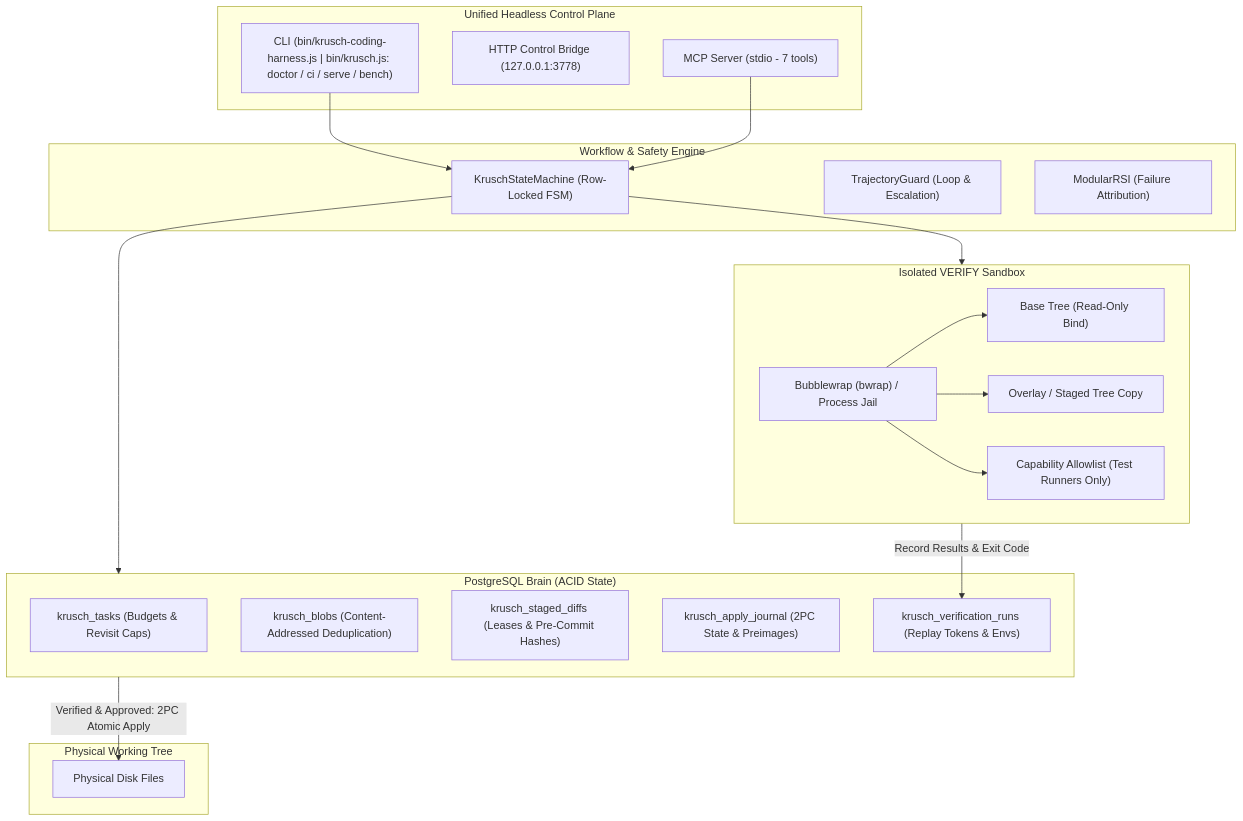
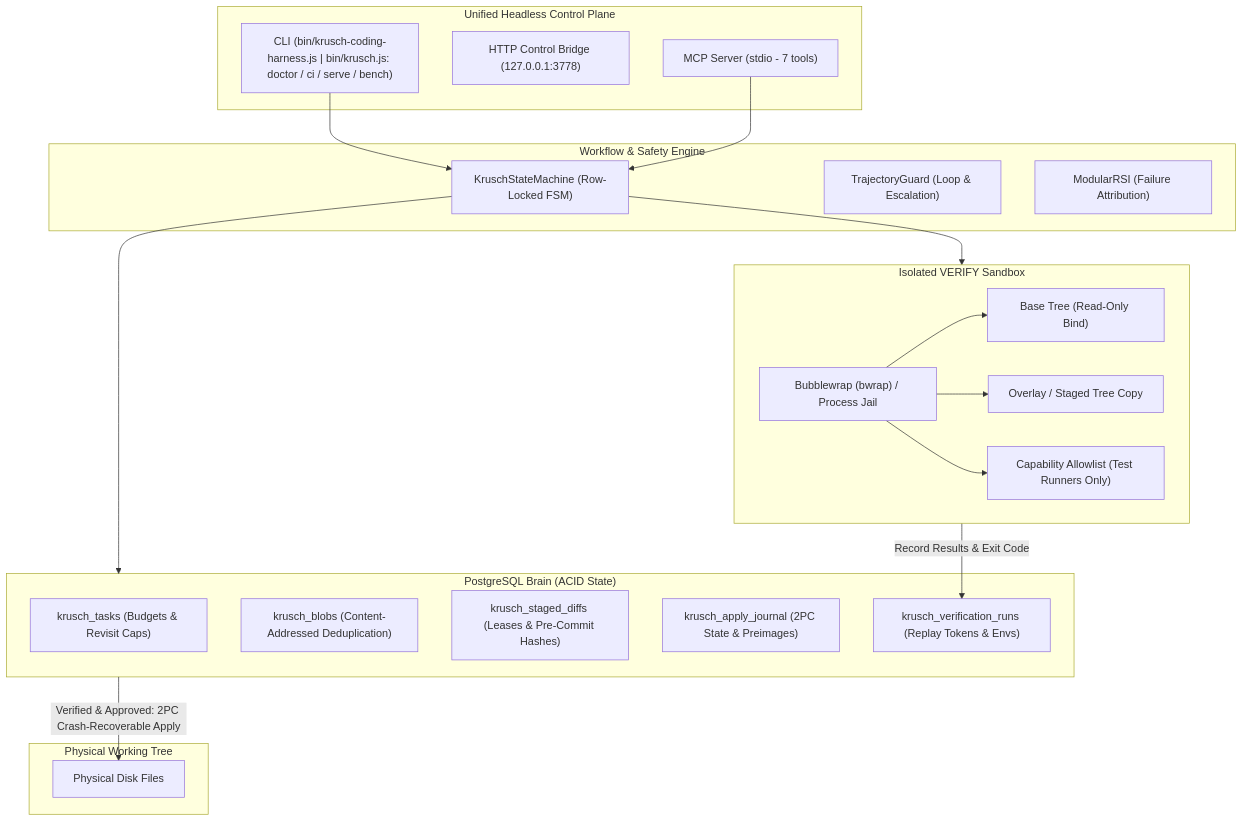
One commit to kruschdev/krusch-coding-harness changed the diagram in README.md. Above: the diagram before and after it, drawn with Mermaid. The commit also changed other lines of this file, not shown here.

Commit message:
docs: define '2PC' precisely — journaled crash-recoverable multi-file apply, per-file atomic rename, batch not atomically visible

````diff
--- a/README.md
+++ b/README.md
@@ -53,43 +53,43 @@
 ```mermaid
 flowchart TD
     subgraph ControlPlane ["Unified Headless Control Plane"]
         CLI["CLI (bin/krusch-coding-harness.js | bin/krusch.js: doctor / ci / serve / bench)"]
         Bridge["HTTP Control Bridge (127.0.0.1:3778)"]
         MCP["MCP Server (stdio - 7 tools)"]
     end
 
     subgraph Workflow ["Workflow & Safety Engine"]
         FSM["KruschStateMachine (Row-Locked FSM)"]
         Guard["TrajectoryGuard (Loop & Escalation)"]
         Classifier["ModularRSI (Failure Attribution)"]
     end
 
     subgraph StorageEngine ["PostgreSQL Brain (ACID State)"]
         Tasks["krusch_tasks (Budgets & Revisit Caps)"]
         Blobs["krusch_blobs (Content-Addressed Deduplication)"]
         Diffs["krusch_staged_diffs (Leases & Pre-Commit Hashes)"]
         Journal["krusch_apply_journal (2PC State & Preimages)"]
         Runs["krusch_verification_runs (Replay Tokens & Envs)"]
     end
 
     subgraph Sandbox ["Isolated VERIFY Sandbox"]
         Bwrap["Bubblewrap (bwrap) / Process Jail"]
         BaseRO["Base Tree (Read-Only Bind)"]
         Overlay["Overlay / Staged Tree Copy"]
         Allowlist["Capability Allowlist (Test Runners Only)"]
         Bwrap --> BaseRO
         Bwrap --> Overlay
         Bwrap --> Allowlist
     end
 
     subgraph Disk ["Physical Working Tree"]
         WorkingTree["Physical Disk Files"]
     end
 
     CLI --> FSM
     MCP --> FSM
     FSM --> StorageEngine
     FSM --> Sandbox
     Sandbox -->|Record Results & Exit Code| Runs
-    StorageEngine -->|Verified & Approved: 2PC Atomic Apply| WorkingTree
+    StorageEngine -->|Verified & Approved: 2PC Crash-Recoverable Apply| WorkingTree
 ```
````
